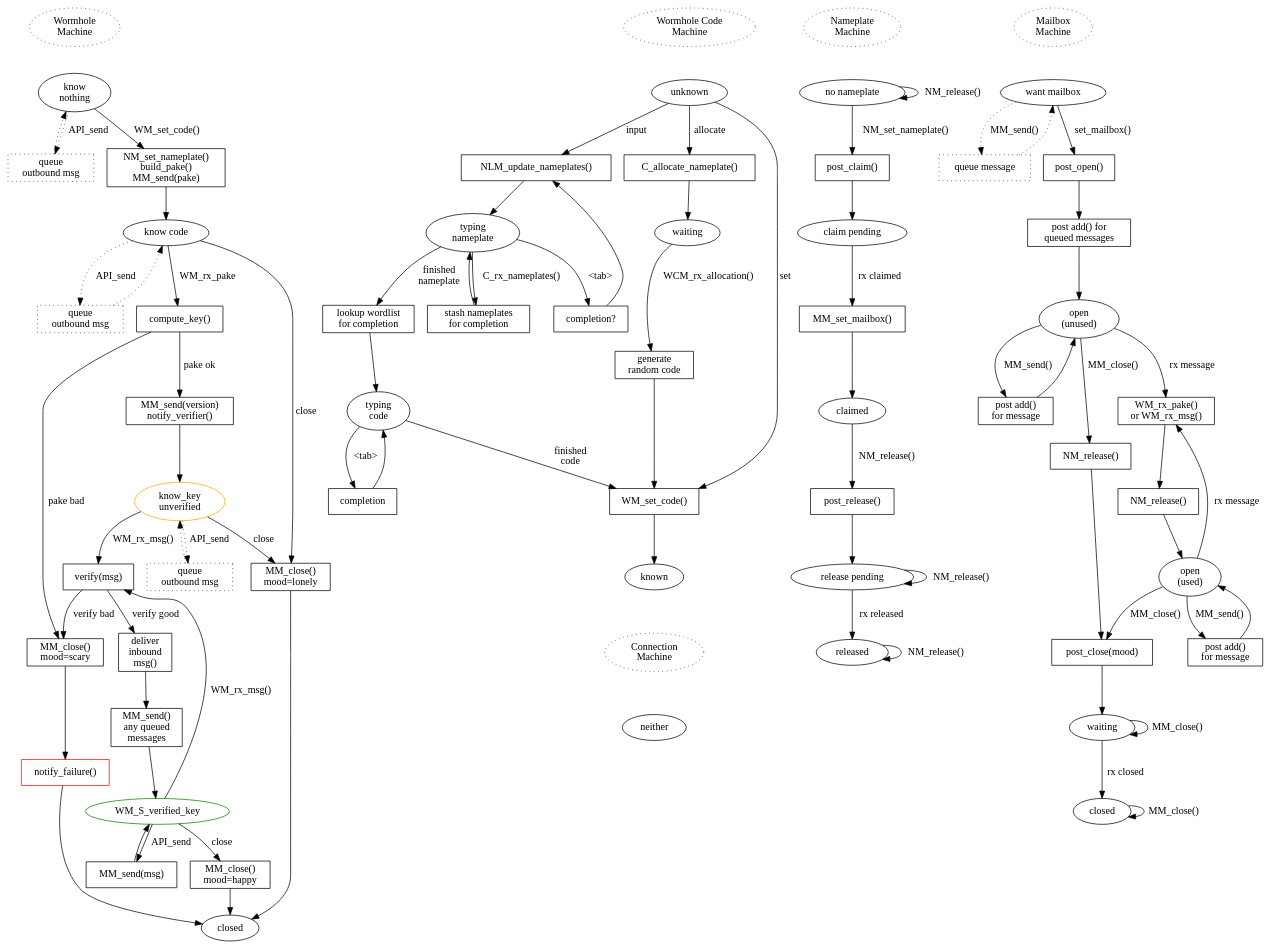
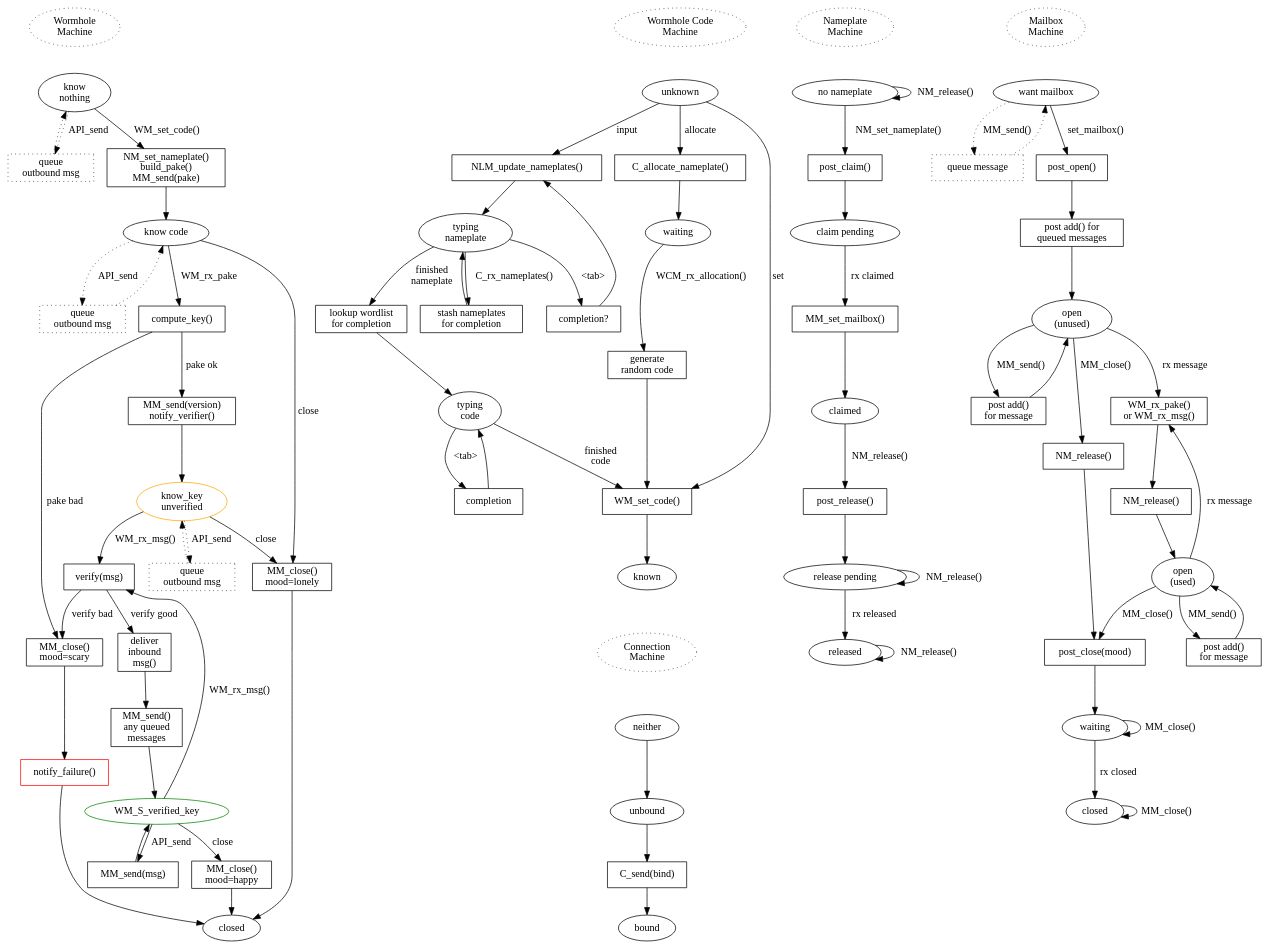
One commit to magic-wormhole/magic-wormhole changed the diagram in docs/w.dot. Above: the diagram before and after it, drawn with Graphviz.

Commit message:
start on connection machine

```diff
--- a/docs/w.dot
+++ b/docs/w.dot
@@ -199,4 +199,11 @@
         CM_start [label="Connection\nMachine" style="dotted"]
         CM_start -> CM_S_neither [style="invis"]
         CM_S_neither [label="neither"]
+        CM_S_neither -> CM_S_unbound
+        CM_S_unbound [label="unbound"]
+        CM_S_unbound -> CM_P_bind
+        CM_P_bind [shape="box" label="C_send(bind)"]
+        CM_P_bind -> CM_S_bound
+        CM_S_bound [label="bound"]
+        
 }
```
